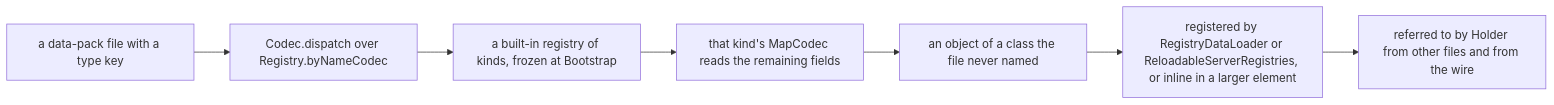
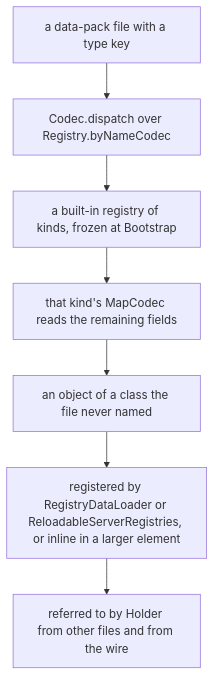
Before and after one commit to AlexanderjFraser/MinecraftDocs: the first of 2 diagrams in src/systems/foundations/data-driven-types.md, drawn with Mermaid. The commit also changed other lines of this file and 14 other files, not shown here.

````diff
--- a/src/systems/foundations/data-driven-types.md
+++ b/src/systems/foundations/data-driven-types.md
@@ -60,9 +60,9 @@
 ```mermaid
-flowchart LR
+flowchart TD
     F["a data-pack file with a type key"] --> D["Codec.dispatch over Registry.byNameCodec"]
     D --> K["a built-in registry of kinds, frozen at Bootstrap"]
     K --> M["that kind's MapCodec reads the remaining fields"]
     M --> O["an object of a class the file never named"]
     O --> R["registered by RegistryDataLoader or ReloadableServerRegistries, or inline in a larger element"]
     R --> H["referred to by Holder from other files and from the wire"]
 ```
````
